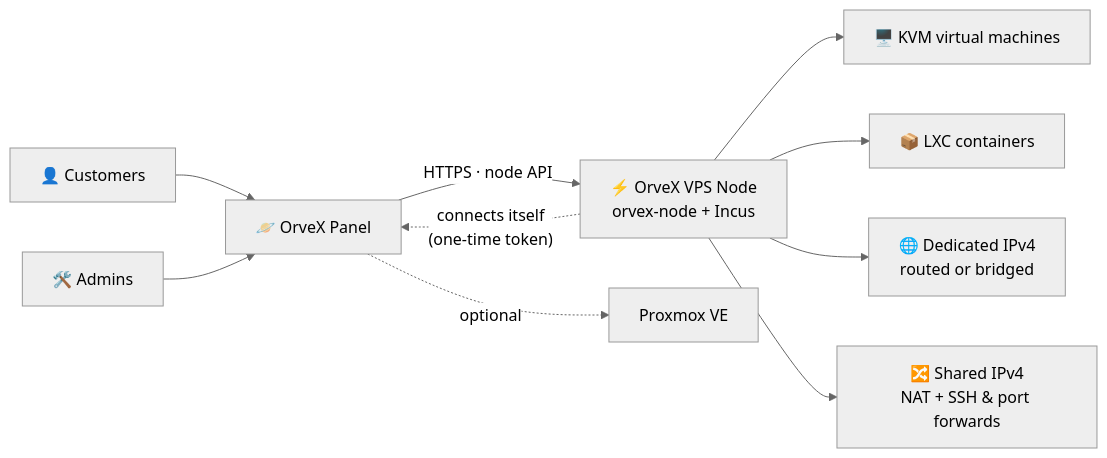
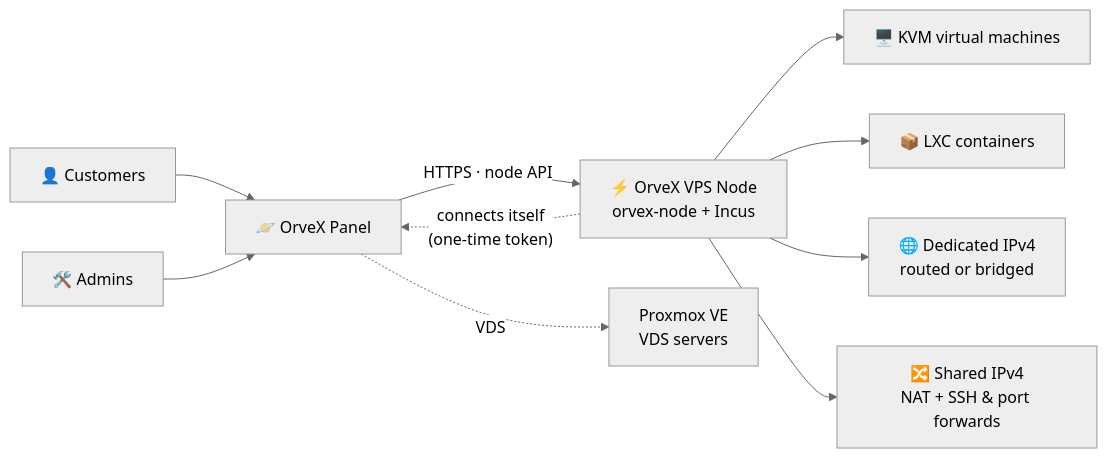
Before and after one commit to tanmay712/FeatherPanel: the diagram in .github/README.md, drawn with Mermaid (neutral theme). The commit also changed other lines of this file and 124 other files, not shown here.

````diff
--- a/.github/README.md
+++ b/.github/README.md
@@ -60,12 +61,12 @@
 ```mermaid
 flowchart LR
     C["👤 Customers"] --> P["🪐 OrveX Panel"]
     A["🛠️ Admins"] --> P
     N -. "connects itself<br/>(one-time token)" .-> P
     P -- "HTTPS · node API" --> N["⚡ OrveX VPS Node<br/>orvex-node + Incus"]
-    P -. "optional" .-> X["Proxmox VE"]
+    P -. "VDS" .-> X["Proxmox VE<br/>VDS servers"]
     N --> K["🖥️ KVM virtual machines"]
     N --> L["📦 LXC containers"]
     N --> D["🌐 Dedicated IPv4<br/>routed or bridged"]
     N --> S["🔀 Shared IPv4<br/>NAT + SSH & port forwards"]
 ```
````
